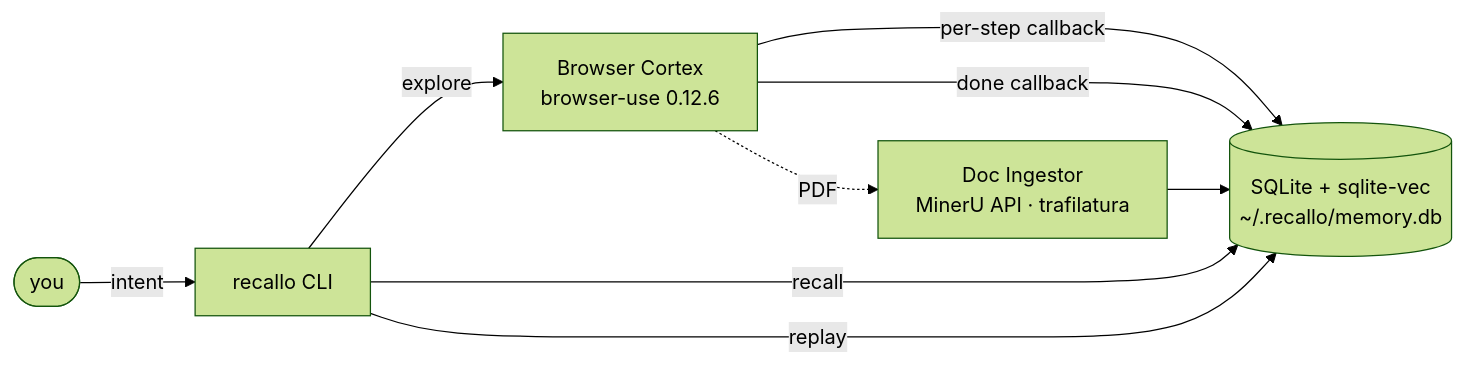
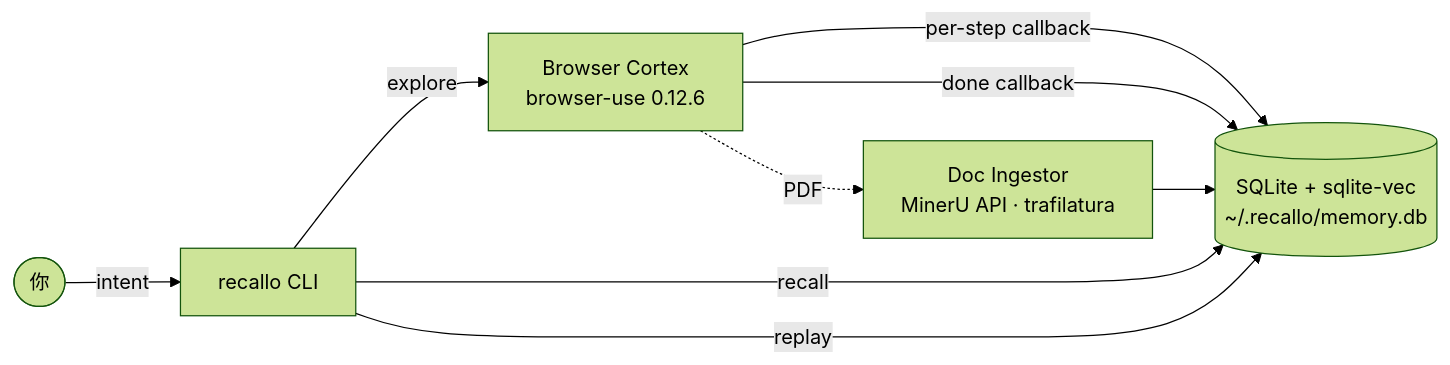
The diagram in README.md (TianqBu/recallo), drawn with Mermaid (forest theme) before and after one commit. The commit also changed other lines of this file and 2 other files, not shown here.

````diff
--- a/README.md
+++ b/README.md
@@ -100,11 +98,11 @@
 ```mermaid
 flowchart LR
-    User([you]) -- intent --> CLI[recallo CLI]
+    User([你]) -- intent --> CLI[recallo CLI]
     CLI -- explore --> Cortex[Browser Cortex<br/>browser-use 0.12.6]
     Cortex -- per-step callback --> Mem[(SQLite + sqlite-vec<br/>~/.recallo/memory.db)]
     Cortex -- done callback --> Mem
     CLI -- recall --> Mem
     CLI -- replay --> Mem
     Cortex -. PDF .-> Ingestor[Doc Ingestor<br/>MinerU API · trafilatura]
     Ingestor --> Mem
 ```
````
